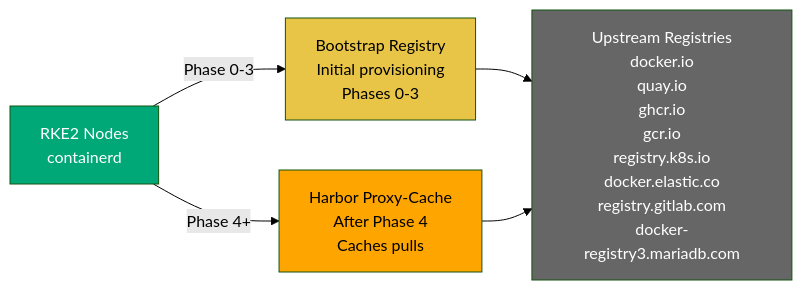
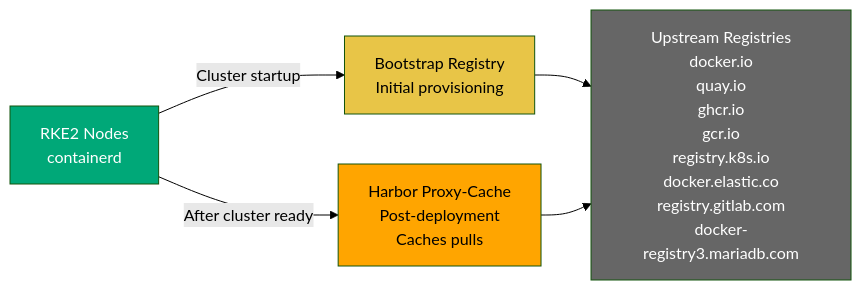
The third of 3 diagrams in README.md (derhornspieler/harvester-rke2-cluster), drawn with Mermaid (forest theme) before and after one commit. The commit also changed other lines of this file and 3 other files, not shown here.

````diff
--- a/README.md
+++ b/README.md
@@ -289,21 +291,21 @@
 ```mermaid
 graph LR
     Nodes["RKE2 Nodes<br/>containerd"]
 
-    Bootstrap["Bootstrap Registry<br/>Initial provisioning<br/>Phases 0-3"]
+    Bootstrap["Bootstrap Registry<br/>Initial provisioning"]
 
-    Harbor["Harbor Proxy-Cache<br/>After Phase 4<br/>Caches pulls"]
+    Harbor["Harbor Proxy-Cache<br/>Post-deployment<br/>Caches pulls"]
 
     Upstreams["Upstream Registries<br/>docker.io<br/>quay.io<br/>ghcr.io<br/>gcr.io<br/>registry.k8s.io<br/>docker.elastic.co<br/>registry.gitlab.com<br/>docker-registry3.mariadb.com"]
 
-    Nodes -->|Phase 0-3| Bootstrap
+    Nodes -->|Cluster startup| Bootstrap
     Bootstrap --> Upstreams
 
-    Nodes -->|Phase 4+| Harbor
+    Nodes -->|After cluster ready| Harbor
     Harbor --> Upstreams
 
     style Nodes fill:#00a878,color:#fff
     style Bootstrap fill:#e8c547,color:#000
     style Harbor fill:#ffa500,color:#000
     style Upstreams fill:#666,color:#fff
 ```
````
